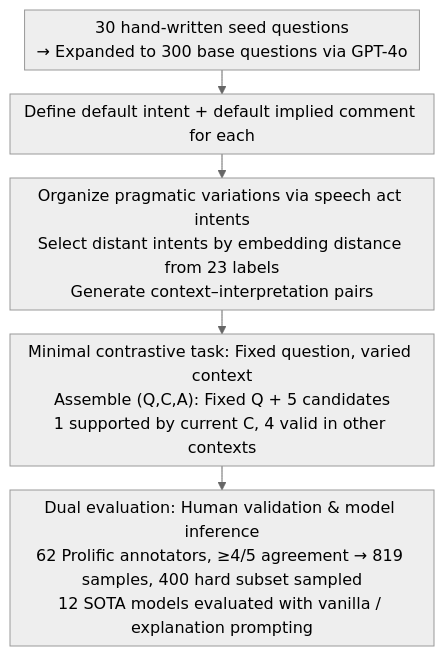
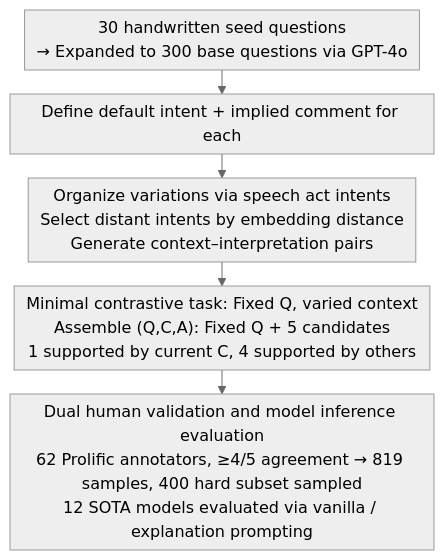
One commit to zhaoyang97/Paper-Notes-en changed the diagram in docs/ACL2026/audio_speech/drinq_evaluating_conversational_implicature_with_controlled_context_variation.md. Above: the diagram before and after it, drawn with Mermaid (neutral theme). The commit also changed other lines of this file and 5084 other files, not shown here.

````diff
--- a/docs/ACL2026/audio_speech/drinq_evaluating_conversational_implicature_with_controlled_context_variation.md
+++ b/docs/ACL2026/audio_speech/drinq_evaluating_conversational_implicature_with_controlled_context_variation.md
@@ -43,8 +43,8 @@
 ```mermaid
 %%{init: {'flowchart': {'rankSpacing': 24, 'nodeSpacing': 28, 'padding': 6, 'wrappingWidth': 400}}}%%
 flowchart TD
-    A["30 hand-written seed questions<br/>→ Expanded to 300 base questions via GPT-4o"] --> B["Define default intent + default implied comment for each"]
-    B --> C["Organize pragmatic variations via speech act intents<br/>Select distant intents by embedding distance from 23 labels<br/>Generate context–interpretation pairs"]
-    C --> D["Minimal contrastive task: Fixed question, varied context<br/>Assemble (Q,C,A): Fixed Q + 5 candidates<br/>1 supported by current C, 4 valid in other contexts"]
-    D --> E["Dual evaluation: Human validation & model inference<br/>62 Prolific annotators, ≥4/5 agreement → 819 samples, 400 hard subset sampled<br/>12 SOTA models evaluated with vanilla / explanation prompting"]
+    A["30 handwritten seed questions<br/>→ Expanded to 300 base questions via GPT-4o"] --> B["Define default intent + implied comment for each"]
+    B --> C["Organize variations via speech act intents<br/>Select distant intents by embedding distance<br/>Generate context–interpretation pairs"]
+    C --> D["Minimal contrastive task: Fixed Q, varied context<br/>Assemble (Q,C,A): Fixed Q + 5 candidates<br/>1 supported by current C, 4 supported by others"]
+    D --> E["Dual human validation and model inference evaluation<br/>62 Prolific annotators, ≥4/5 agreement → 819 samples, 400 hard subset sampled<br/>12 SOTA models evaluated via vanilla / explanation prompting"]
 ```
````
